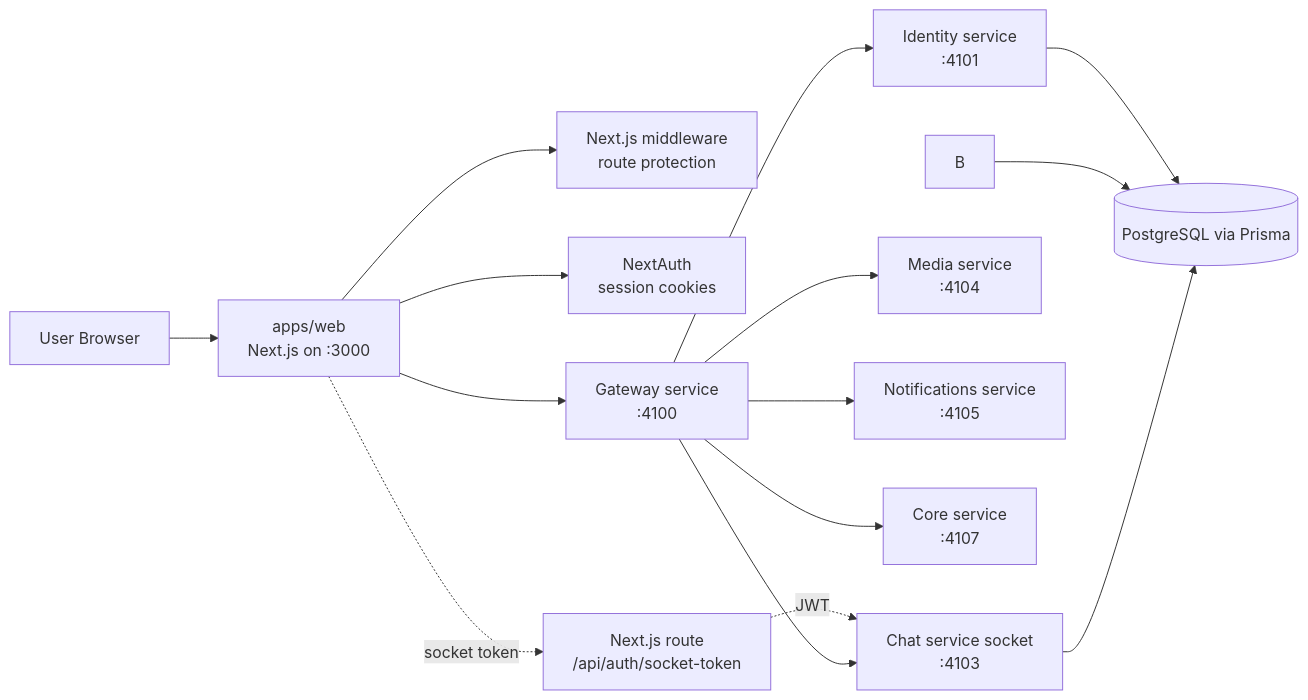
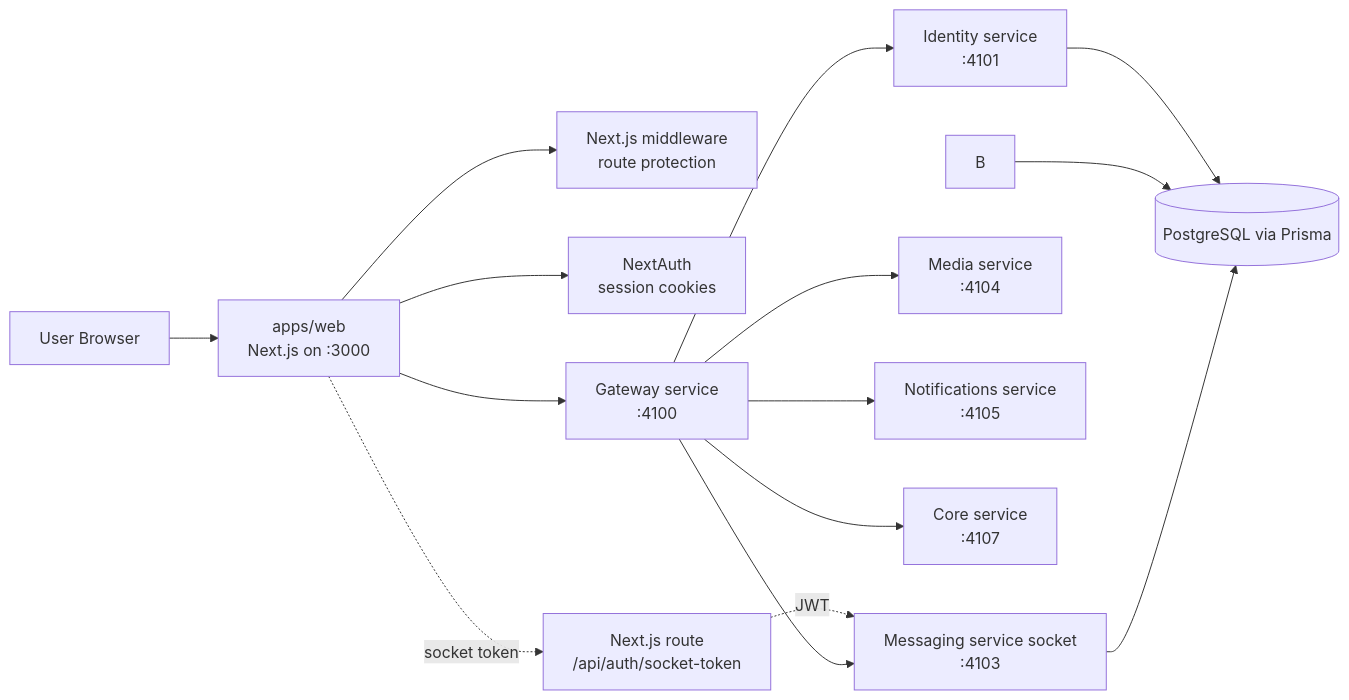
The first of 7 diagrams in docs/LOCALHOST_3000_REQUEST_WORKFLOW.md (Sam231221/Yome), drawn with Mermaid before and after one commit. The commit also changed other lines of this file and 32 other files, not shown here.

````diff
--- a/docs/LOCALHOST_3000_REQUEST_WORKFLOW.md
+++ b/docs/LOCALHOST_3000_REQUEST_WORKFLOW.md
@@ -15,19 +15,19 @@
 ```mermaid
 flowchart LR
     U[User Browser] --> W[apps/web<br/>Next.js on :3000]
     W --> M[Next.js middleware<br/>route protection]
     W --> N[NextAuth<br/>session cookies]
     W --> G[Gateway service<br/>:4100]
     W -.socket token.-> A1[Next.js route<br/>/api/auth/socket-token]
-    A1 -.JWT.-> C[Chat service socket<br/>:4103]
+    A1 -.JWT.-> C[Messaging service socket<br/>:4103]
 
     G --> A[Identity service<br/>:4101]
     G --> C
     G --> D[Media service<br/>:4104]
     G --> E[Notifications service<br/>:4105]
     G --> O[Core service<br/>:4107]
 
     A --> DB[(PostgreSQL via Prisma)]
     B --> DB
     C --> DB
 ```
````
